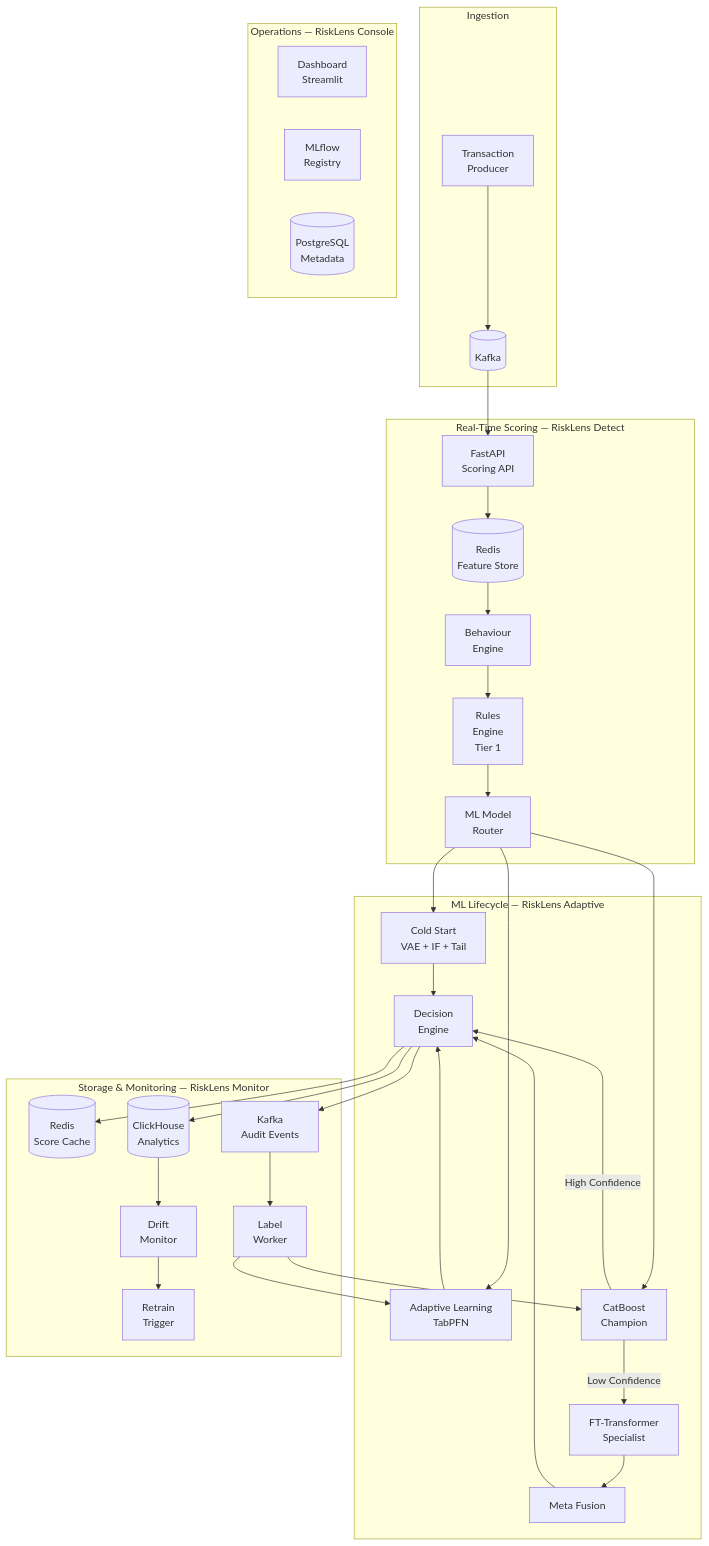
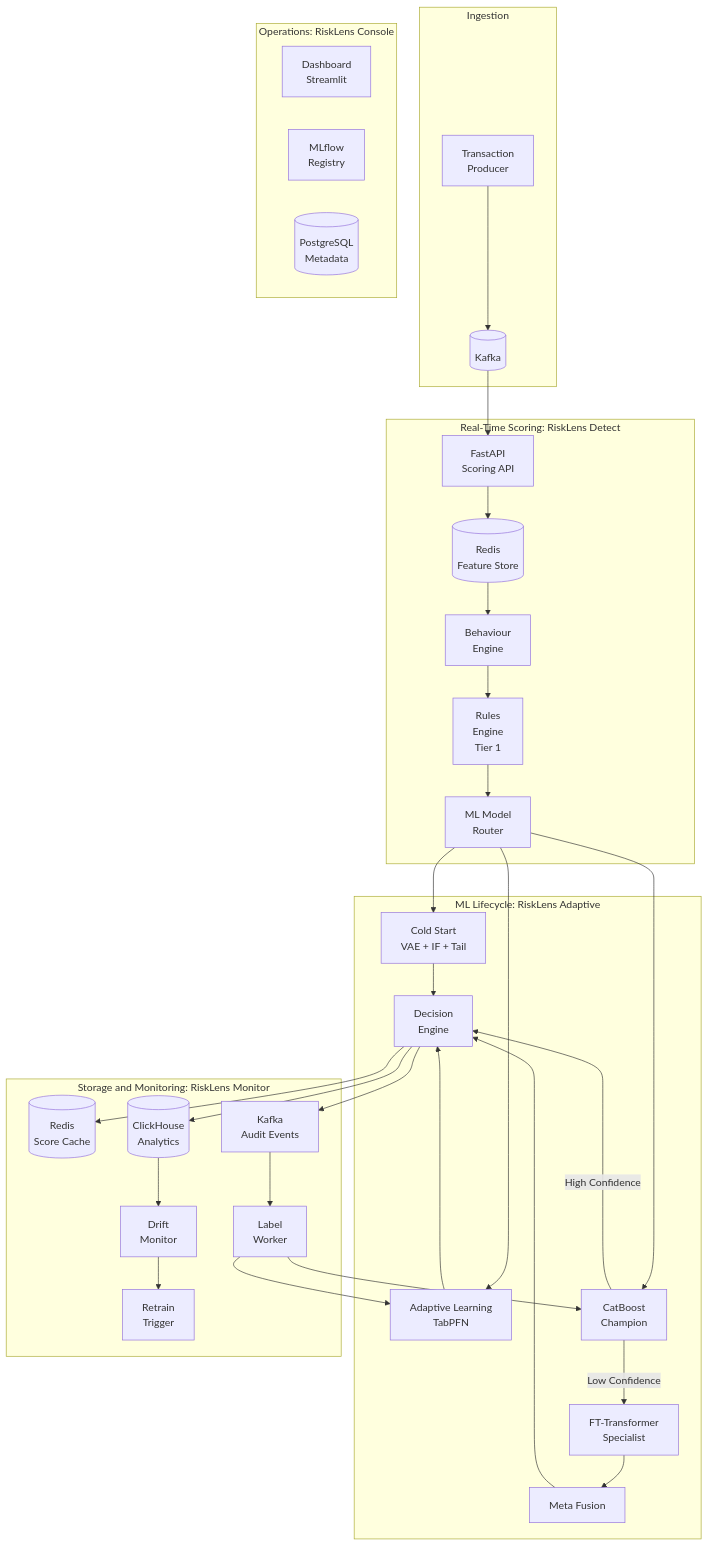
One commit to Tadeni00/RiskLens changed the second of 7 diagrams in README.md. Above: the diagram before and after it, drawn with Mermaid. The commit also changed other lines of this file and 7 other files, not shown here.

Commit message:
Mermaid diagrams — Replaced — (em dash) with :

````diff
--- a/README.md
+++ b/README.md
@@ -178,61 +178,61 @@
 ```mermaid
 graph TB
     subgraph "Ingestion"
         TXN[Transaction<br/>Producer]
         KAFKA[(Kafka)]
         TXN --> KAFKA
     end
 
-    subgraph "Real-Time Scoring — RiskLens Detect"
+    subgraph "Real-Time Scoring: RiskLens Detect"
         API[FastAPI<br/>Scoring API]
         KAFKA --> API
 
         FS[(Redis<br/>Feature Store)]
         API --> FS
 
         BE[Behaviour<br/>Engine]
         FS --> BE
 
         RE[Rules<br/>Engine<br/>Tier 1]
         BE --> RE
 
         MR[ML Model<br/>Router]
         RE --> MR
     end
 
-    subgraph "ML Lifecycle — RiskLens Adaptive"
+    subgraph "ML Lifecycle: RiskLens Adaptive"
         CS[Cold Start<br/>VAE + IF + Tail]
         AL[Adaptive Learning<br/>TabPFN]
         CB[CatBoost<br/>Champion]
         FT[FT-Transformer<br/>Specialist]
         MF[Meta Fusion]
 
         MR --> CS
         MR --> AL
         MR --> CB
 
         CB -->|Low Confidence| FT
         FT --> MF
         MF --> DEC[Decision<br/>Engine]
         CB -->|High Confidence| DEC
         CS --> DEC
         AL --> DEC
     end
 
-    subgraph "Storage & Monitoring — RiskLens Monitor"
+    subgraph "Storage and Monitoring: RiskLens Monitor"
         DEC --> REDIS[(Redis<br/>Score Cache)]
         DEC --> KAFKA2[Kafka<br/>Audit Events]
         DEC --> CH[(ClickHouse<br/>Analytics)]
         KAFKA2 --> LW[Label<br/>Worker]
         LW --> AL
         LW --> CB
         CH --> DRIFT[Drift<br/>Monitor]
         DRIFT --> RETRAIN[Retrain<br/>Trigger]
     end
 
-    subgraph "Operations — RiskLens Console"
+    subgraph "Operations: RiskLens Console"
         DASH[Dashboard<br/>Streamlit]
         MLFLOW[MLflow<br/>Registry]
         PG[(PostgreSQL<br/>Metadata)]
     end
 ```
````
